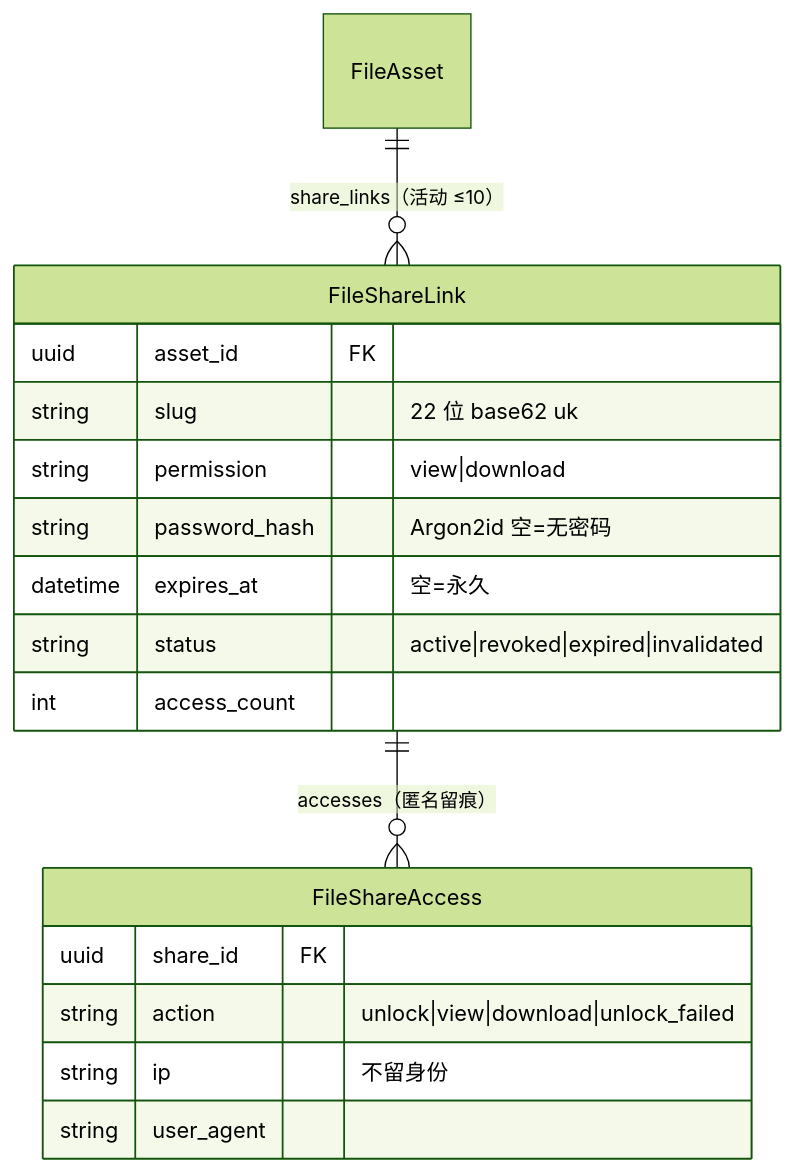
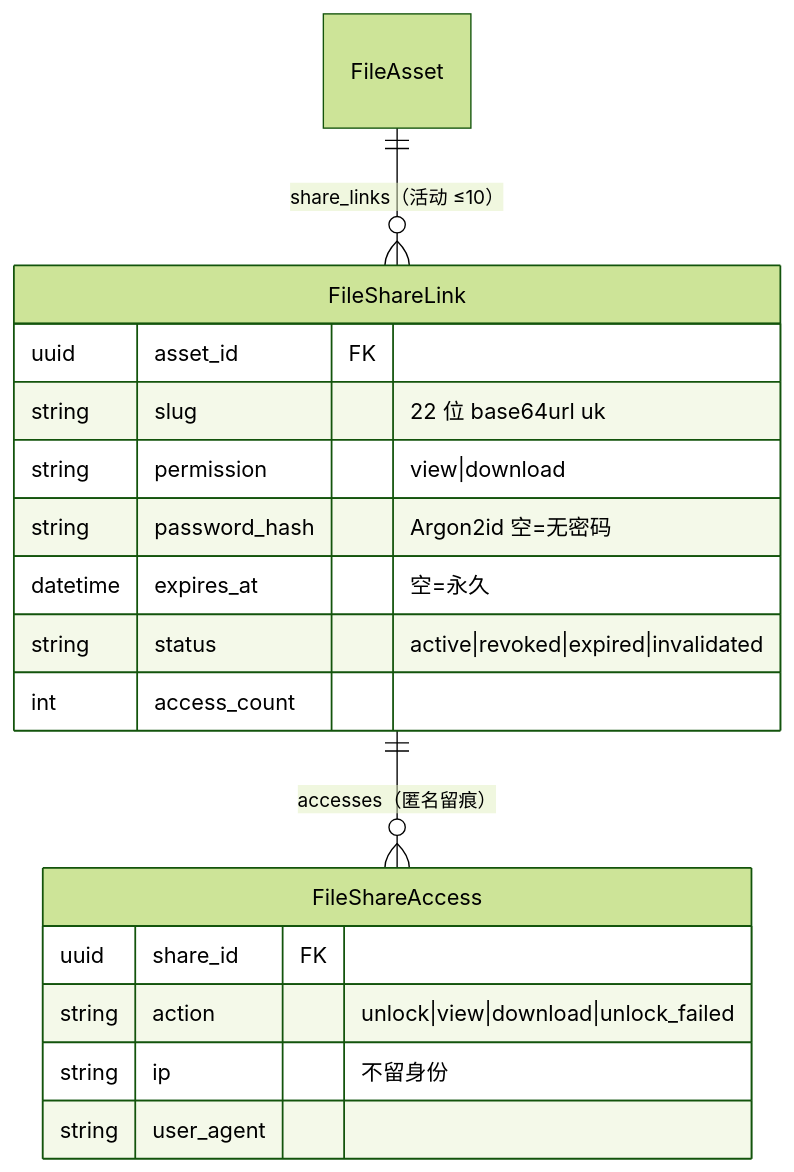
The third of 3 diagrams in docs/sprint-4-gantt-file/FILE-004-share-permission.md (RabbitAI-Lab/RabbitProjects), drawn with Mermaid (forest theme) before and after one commit. The commit also changed other lines of this file and 6 other files, not shown here.

````diff
--- a/docs/sprint-4-gantt-file/FILE-004-share-permission.md
+++ b/docs/sprint-4-gantt-file/FILE-004-share-permission.md
@@ -317,20 +325,20 @@
 ```mermaid
 erDiagram
     FileAsset ||--o{ FileShareLink : "share_links（活动 ≤10）"
     FileShareLink ||--o{ FileShareAccess : "accesses（匿名留痕）"
     FileShareLink {
         uuid asset_id FK
-        string slug "22 位 base62 uk"
+        string slug "22 位 base64url uk"
         string permission "view|download"
         string password_hash "Argon2id 空=无密码"
         datetime expires_at "空=永久"
         string status "active|revoked|expired|invalidated"
         int access_count
     }
     FileShareAccess {
         uuid share_id FK
         string action "unlock|view|download|unlock_failed"
         string ip "不留身份"
         string user_agent
     }
 ```
````
